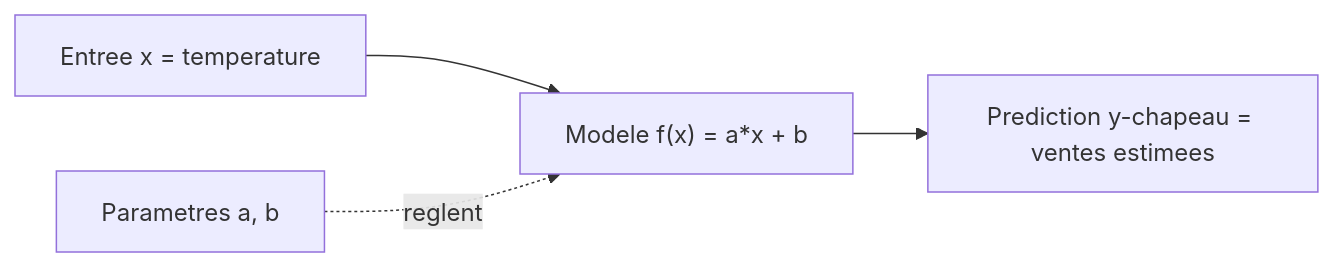
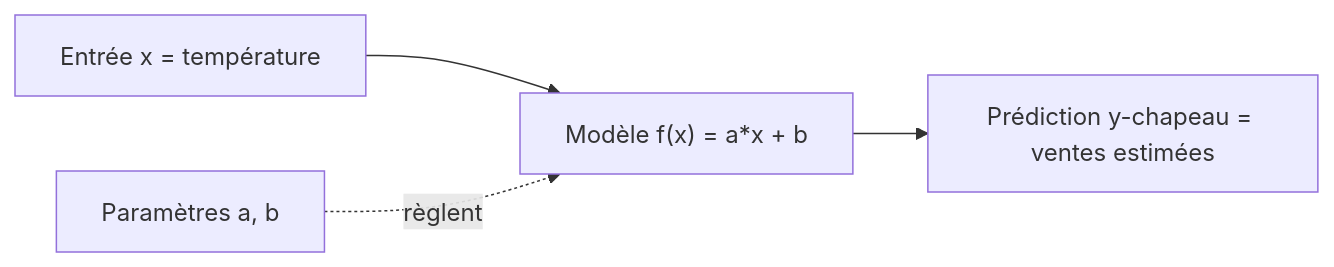
One commit to tanguychenier/Mathematiques-pour-le-Machine-Learning changed the second of 5 diagrams in chapitres/01-introduction-et-motivation.md. Above: the diagram before and after it, drawn with Mermaid. The commit also changed other lines of this file and 2 other files, not shown here.

Commit message:
docs(ch1): apply audit fixes, explain "linear", and wire up three diagrams

````diff
--- a/chapitres/01-introduction-et-motivation.md
+++ b/chapitres/01-introduction-et-motivation.md
@@ -108,6 +108,6 @@
 ```mermaid
 flowchart LR
-    X[Entree x = temperature] --> F["Modele f(x) = a*x + b"]
-    F --> Y["Prediction y-chapeau = ventes estimees"]
-    A[Parametres a, b] -.reglent.-> F
+    X["Entrée x = température"] --> F["Modèle f(x) = a*x + b"]
+    F --> Y["Prédiction y-chapeau = ventes estimées"]
+    A["Paramètres a, b"] -.règlent.-> F
 ```
````
